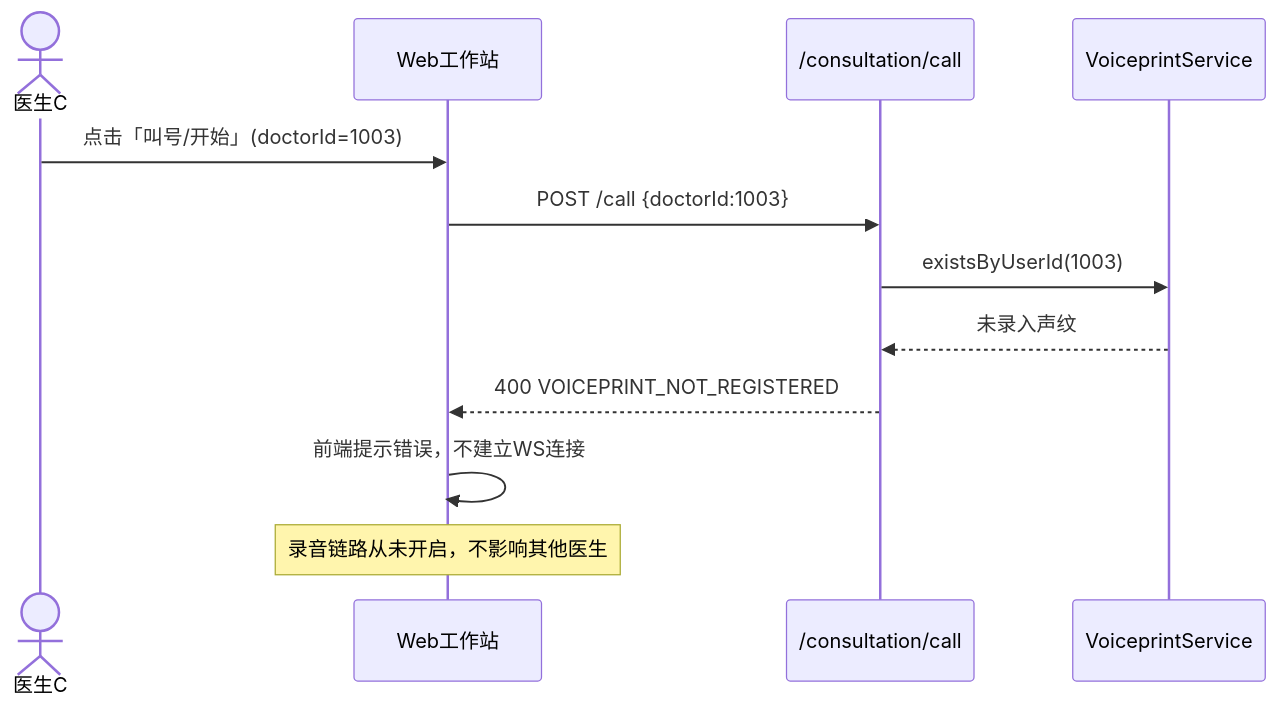
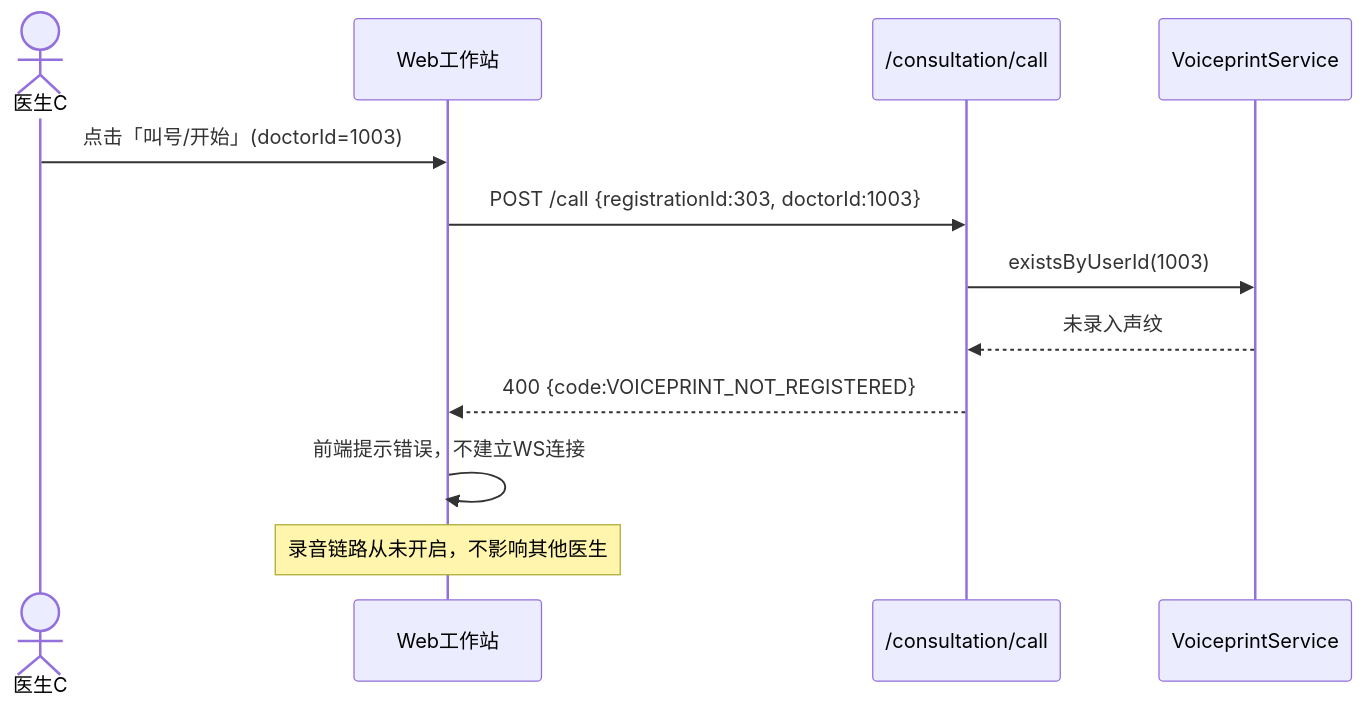
One commit to Gamehu/pictures-bed changed the third of 6 diagrams in uml/goodsop/v1.5-recording/web-recording.md. Above: the diagram before and after it, drawn with Mermaid. The commit also changed other lines of this file and 1 other file, not shown here.

````diff
--- a/uml/goodsop/v1.5-recording/web-recording.md
+++ b/uml/goodsop/v1.5-recording/web-recording.md
@@ -176,15 +260,15 @@
 ```mermaid
 sequenceDiagram
     actor 医生C
     participant WEB as Web工作站
     participant CallAPI as /consultation/call
     participant VP as VoiceprintService
 
     医生C ->> WEB: 点击「叫号/开始」(doctorId=1003)
-    WEB ->> CallAPI: POST /call {doctorId:1003}
+    WEB ->> CallAPI: POST /call {registrationId:303, doctorId:1003}
     CallAPI ->> VP: existsByUserId(1003)
     VP -->> CallAPI: 未录入声纹
-    CallAPI -->> WEB: 400 VOICEPRINT_NOT_REGISTERED
+    CallAPI -->> WEB: 400 {code:VOICEPRINT_NOT_REGISTERED}
     WEB ->> WEB: 前端提示错误，不建立WS连接
     Note over WEB: 录音链路从未开启，不影响其他医生
 ```
````
